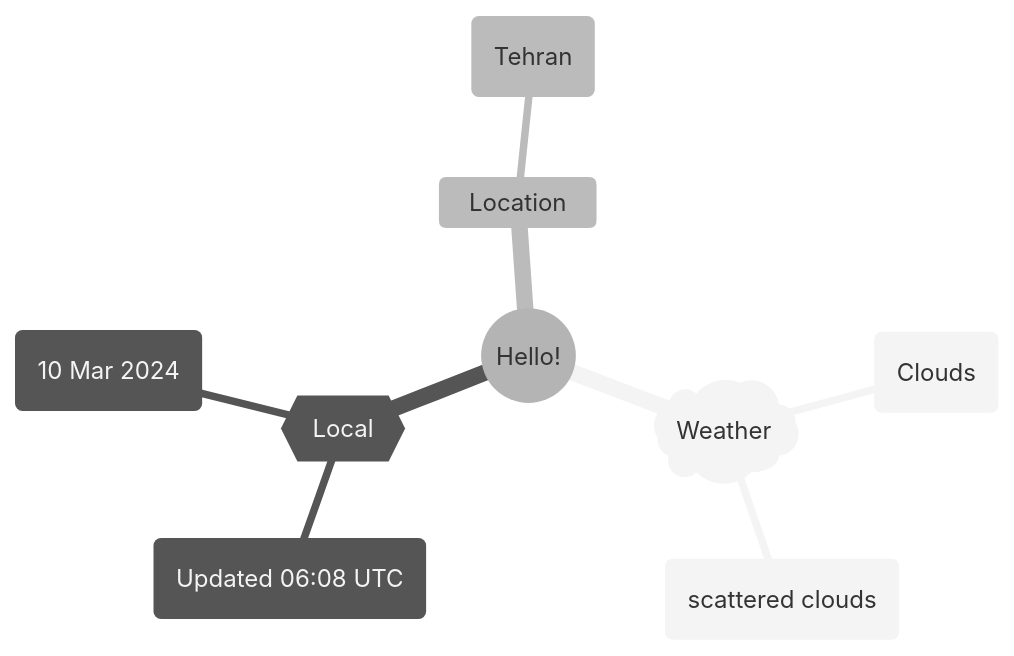
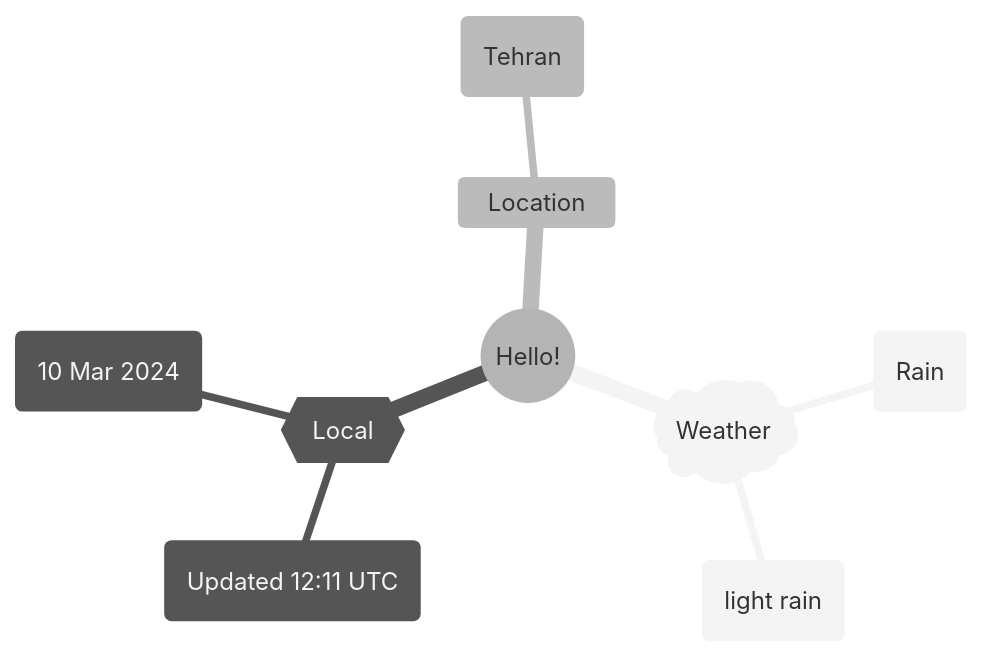
One commit to Xosrov/Xosrov changed the first of 2 diagrams in README.md. Above: the diagram before and after it, drawn with Mermaid (neutral theme).

Commit message:
[bot] updated images

````diff
--- a/README.md
+++ b/README.md
@@ -3,12 +3,12 @@
 ```mermaid
 mindmap
   root((Hello!))
     )Weather(
-        (Clouds)
-        (scattered clouds)
+        (Rain)
+        (light rain)
     {{Local}}
-        (Updated 06:08 UTC)
+        (Updated 12:11 UTC)
         (10 Mar 2024)
     Location
         (Tehran)
 ```
````
